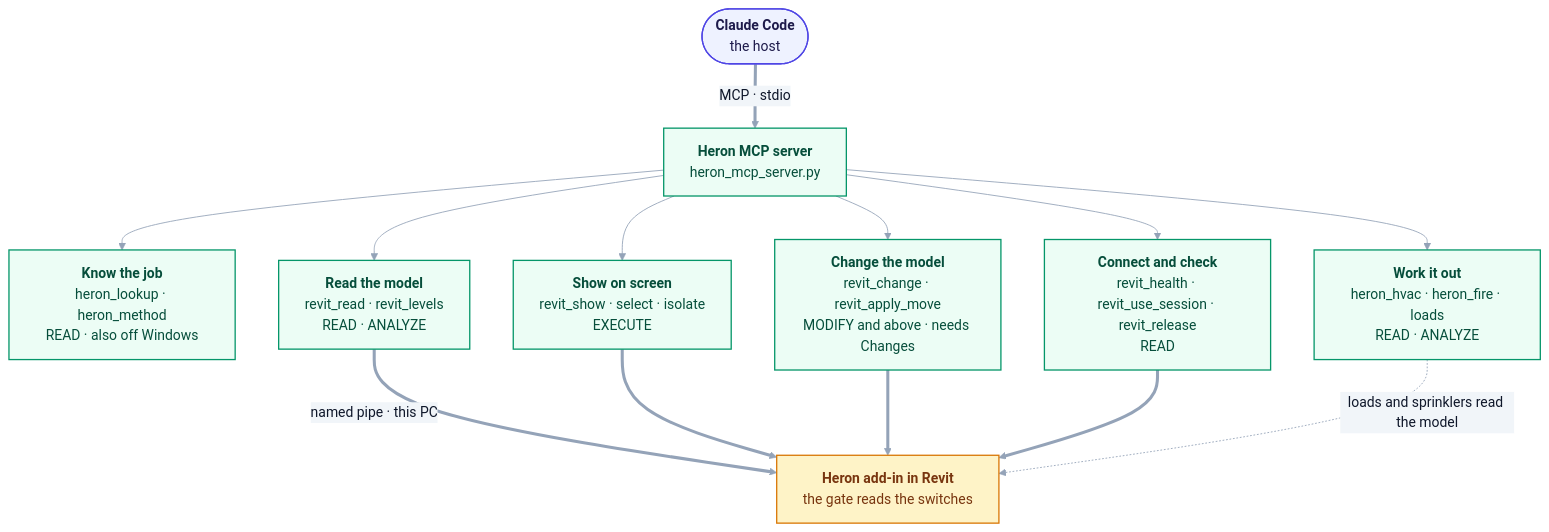
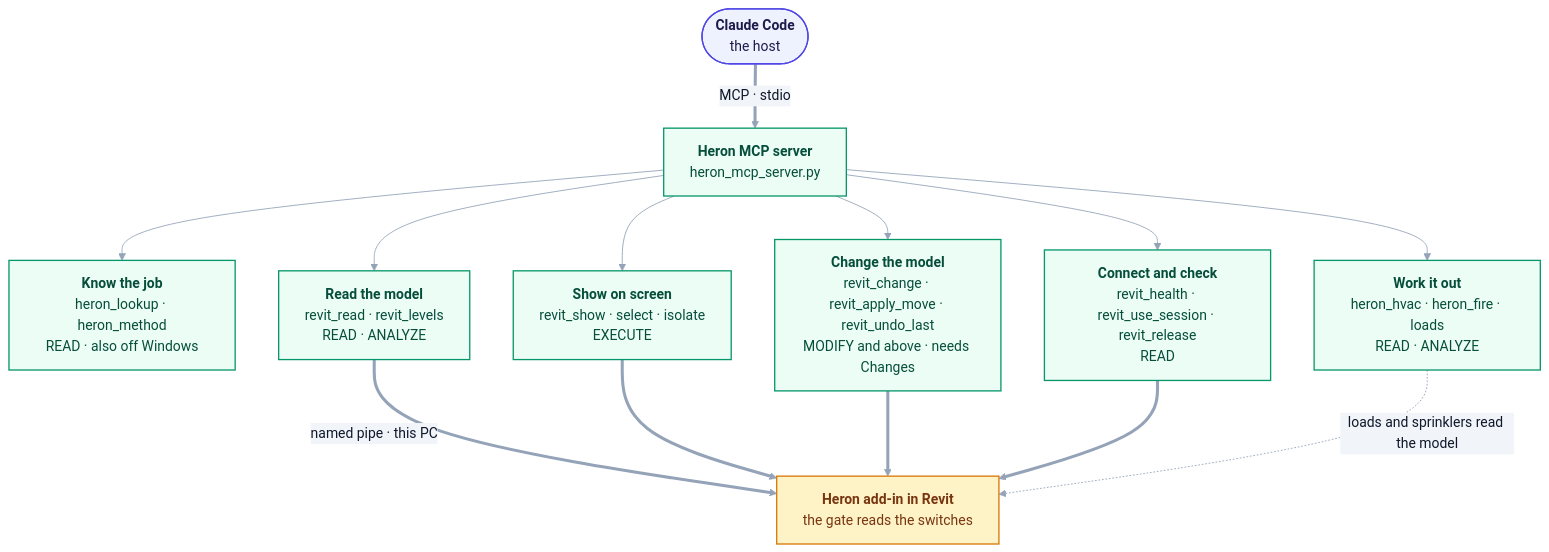
One commit to Ajmalpshaik/Heron-AI changed the diagram in mcp/README.md. Above: the diagram before and after it, drawn with Mermaid. The commit also changed other lines of this file and 16 other files, not shown here.

````diff
--- a/mcp/README.md
+++ b/mcp/README.md
@@ -29,33 +29,33 @@
 ```mermaid
 %%{init: {"themeVariables": {"edgeLabelBackground":"#F1F5F9","lineColor":"#94A3B8","textColor":"#0F172A","tertiaryTextColor":"#0F172A"}}}%%
 flowchart TD
     CC(["<b>Claude Code</b><br/>the host"])
     S["<b>Heron MCP server</b><br/>heron_mcp_server.py"]
     K["<b>Know the job</b><br/>heron_lookup · heron_method<br/>READ · also off Windows"]
     W["<b>Work it out</b><br/>heron_hvac · heron_fire · loads<br/>READ · ANALYZE"]
     R["<b>Read the model</b><br/>revit_read · revit_levels<br/>READ · ANALYZE"]
     SH["<b>Show on screen</b><br/>revit_show · select · isolate<br/>EXECUTE"]
-    C["<b>Change the model</b><br/>revit_change · revit_apply_move<br/>MODIFY and above · needs Changes"]
+    C["<b>Change the model</b><br/>revit_change · revit_apply_move · revit_undo_last<br/>MODIFY and above · needs Changes"]
     H["<b>Connect and check</b><br/>revit_health · revit_use_session · revit_release<br/>READ"]
     AD["<b>Heron add-in in Revit</b><br/>the gate reads the switches"]
 
     CC ==>|MCP · stdio| S
     S --> K
     S --> W
     S --> R
     S --> SH
     S --> C
     S --> H
     R ==>|named pipe · this PC| AD
     SH ==> AD
     C ==> AD
     H ==> AD
     W -.->|loads and sprinklers read the model| AD
 
     classDef host fill:#EEF2FF,stroke:#4F46E5,stroke-width:1.5px,color:#1E1B4B
     classDef brain fill:#ECFDF5,stroke:#059669,stroke-width:1.5px,color:#064E3B
     classDef addin fill:#FEF3C7,stroke:#D97706,stroke-width:1.5px,color:#78350F
     class CC host
     class S,K,W,R,SH,C,H brain
     class AD addin
 ```
````
